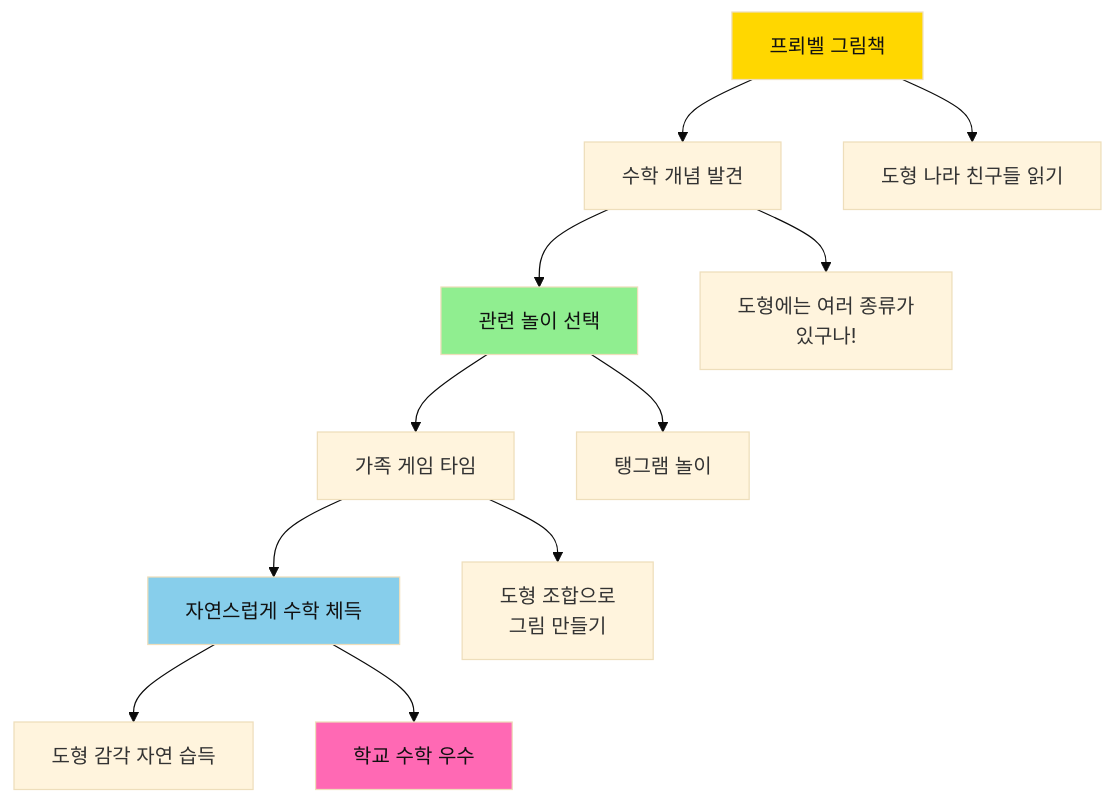
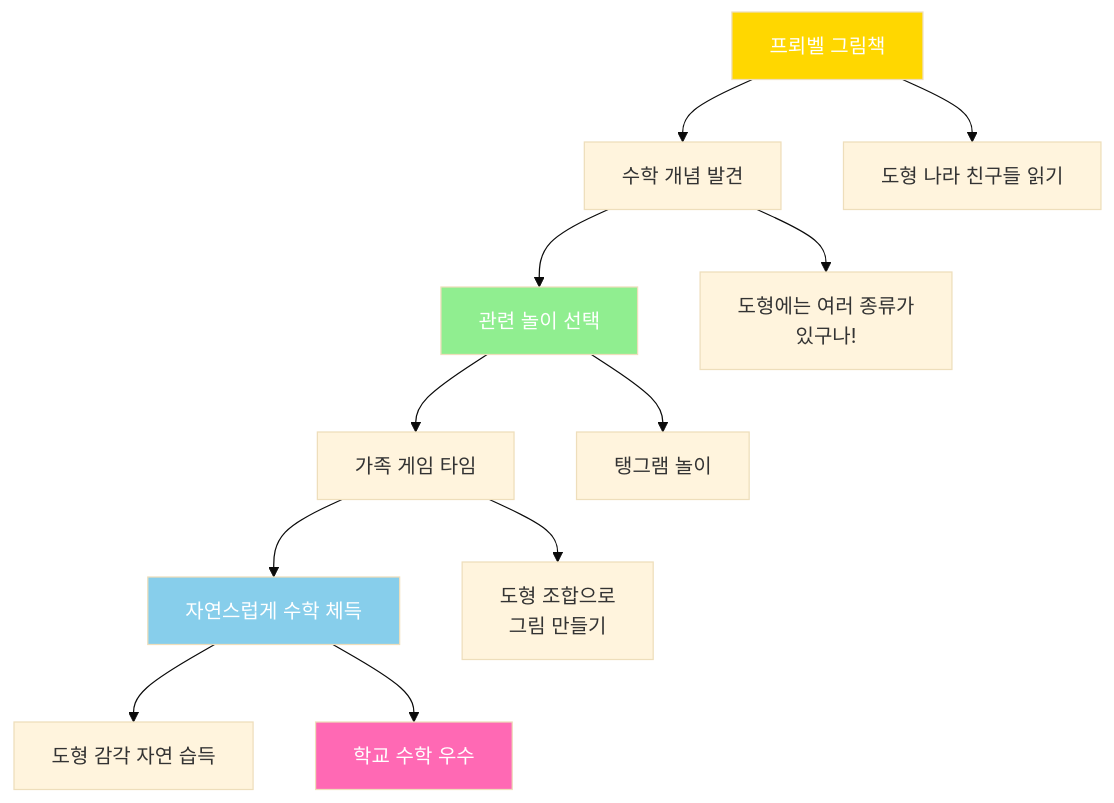
Diagram 29 of 34 in 3단계_프뢰벨_FAQ_핵심가치.md (Collegenie-X/froebel), drawn with Mermaid (base theme) before and after one commit. The commit also changed other lines of this file and 4 other files, not shown here.

````diff
--- a/3단계_프뢰벨_FAQ_핵심가치.md
+++ b/3단계_프뢰벨_FAQ_핵심가치.md
@@ -1640,20 +1640,20 @@
 ```mermaid
 graph TD
     A[프뢰벨 그림책] --> B[수학 개념 발견]
     B --> C[관련 놀이 선택]
     C --> D[가족 게임 타임]
     D --> E[자연스럽게 수학 체득]
     
     A --> A1["도형 나라 친구들" 읽기]
     B --> B1["도형에는 여러 종류가<br/>있구나!"]
     C --> C1[탱그램 놀이]
     D --> D1[도형 조합으로<br/>그림 만들기]
     E --> E1[도형 감각 자연 습득]
     
     E --> F[학교 수학 우수]
     
-    style A fill:#FFD700,color:#111
-    style C fill:#90EE90,color:#111
-    style E fill:#87CEEB,color:#111
-    style F fill:#FF69B4,color:#111
+    style A fill:#FFD700,color:#fff
+    style C fill:#90EE90,color:#fff
+    style E fill:#87CEEB,color:#fff
+    style F fill:#FF69B4,color:#fff
 ```
````
